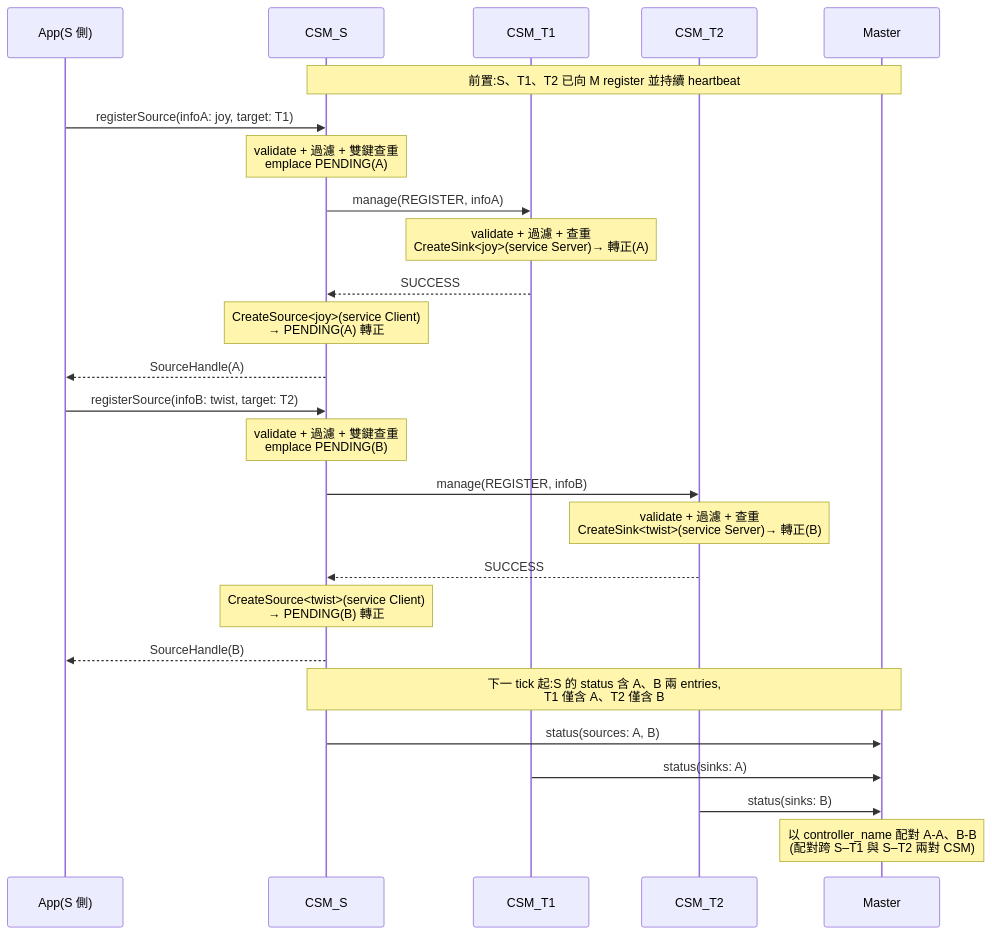
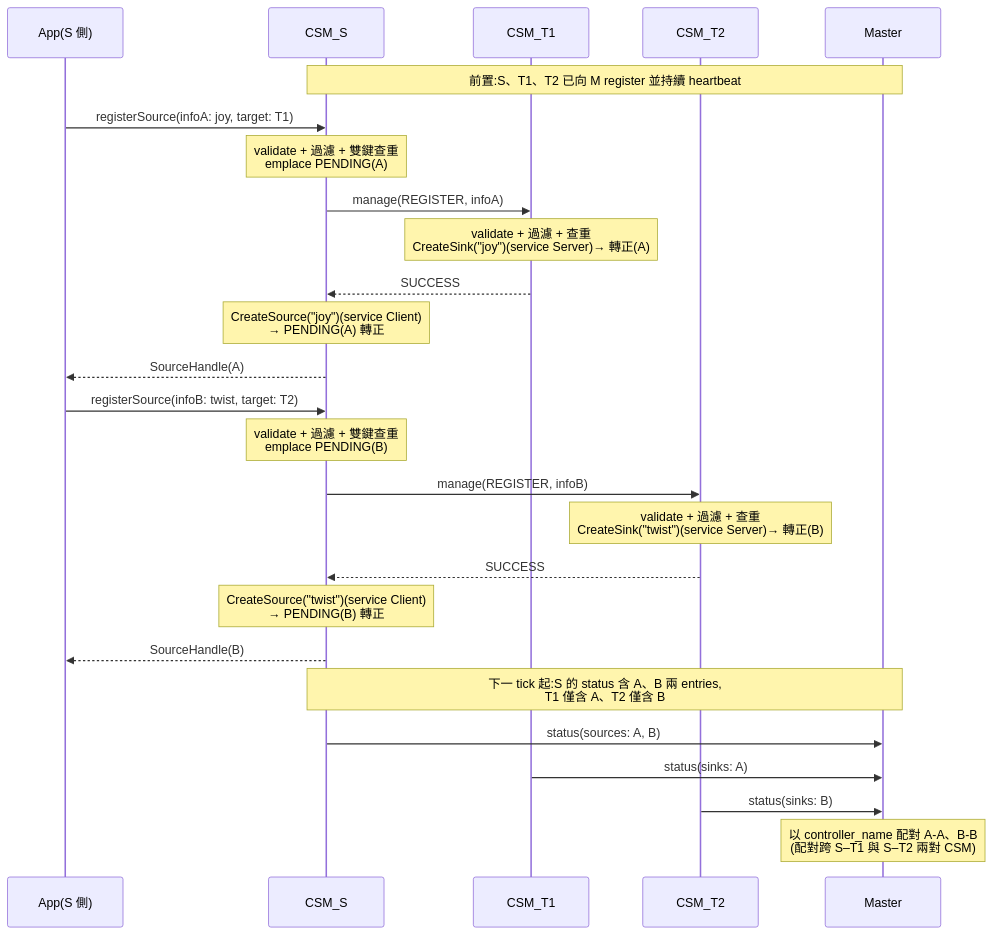
Before and after one commit to cocobird231/rv2_project: diagram 32 of 42 in r1_design_draft.md, drawn with Mermaid. The commit also changed other lines of this file, not shown here.

````diff
--- a/r1_design_draft.md
+++ b/r1_design_draft.md
@@ -2267,31 +2335,31 @@
 ```mermaid
 sequenceDiagram
     participant App as App(S 側)
     participant S as CSM_S
     participant T1 as CSM_T1
     participant T2 as CSM_T2
     participant M as Master
 
     Note over S,M: 前置:S、T1、T2 已向 M register 並持續 heartbeat
     App->>S: registerSource(infoA: joy, target: T1)
     Note over S: validate + 過濾 + 雙鍵查重<br/>emplace PENDING(A)
     S->>T1: manage(REGISTER, infoA)
-    Note over T1: validate + 過濾 + 查重<br/>CreateSink<joy>(service Server)→ 轉正(A)
+    Note over T1: validate + 過濾 + 查重<br/>CreateSink("joy")(service Server)→ 轉正(A)
     T1-->>S: SUCCESS
-    Note over S: CreateSource<joy>(service Client)<br/>→ PENDING(A) 轉正
+    Note over S: CreateSource("joy")(service Client)<br/>→ PENDING(A) 轉正
     S-->>App: SourceHandle(A)
 
     App->>S: registerSource(infoB: twist, target: T2)
     Note over S: validate + 過濾 + 雙鍵查重<br/>emplace PENDING(B)
     S->>T2: manage(REGISTER, infoB)
-    Note over T2: validate + 過濾 + 查重<br/>CreateSink<twist>(service Server)→ 轉正(B)
+    Note over T2: validate + 過濾 + 查重<br/>CreateSink("twist")(service Server)→ 轉正(B)
     T2-->>S: SUCCESS
-    Note over S: CreateSource<twist>(service Client)<br/>→ PENDING(B) 轉正
+    Note over S: CreateSource("twist")(service Client)<br/>→ PENDING(B) 轉正
     S-->>App: SourceHandle(B)
 
     Note over S,M: 下一 tick 起:S 的 status 含 A、B 兩 entries,<br/>T1 僅含 A、T2 僅含 B
     S->>M: status(sources: A, B)
     T1->>M: status(sinks: A)
     T2->>M: status(sinks: B)
     Note over M: 以 controller_name 配對 A-A、B-B<br/>(配對跨 S–T1 與 S–T2 兩對 CSM)
 ```
````
